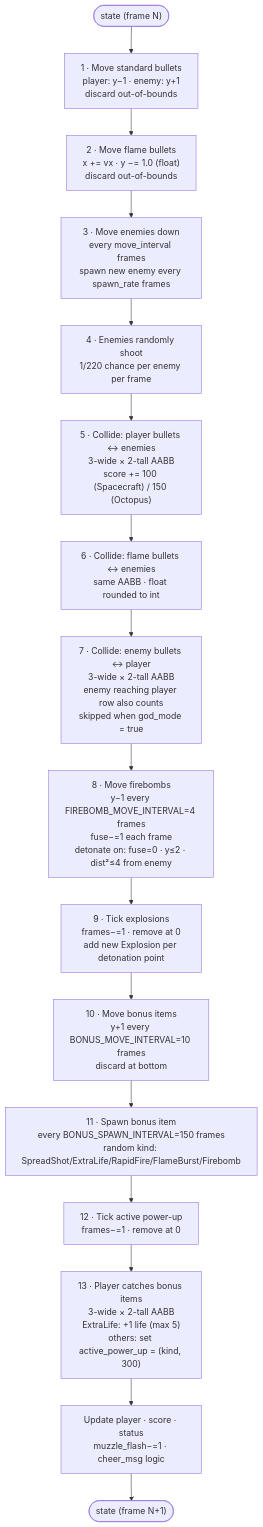
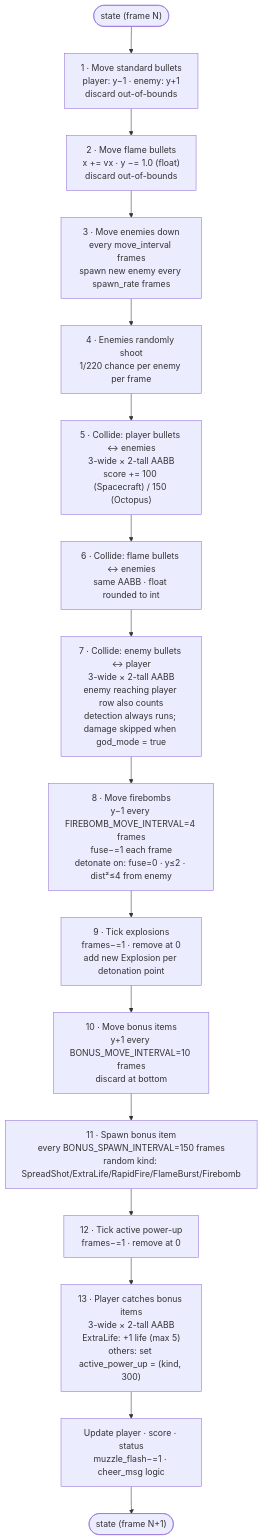
Before and after one commit to clove335/ShootingGame: the sixth of 10 diagrams in docs/architecture.md, drawn with Mermaid. The commit also changed other lines of this file, not shown here.

First line of the commit message:
Fix 5 inaccuracies in docs/architecture.md

````diff
--- a/docs/architecture.md
+++ b/docs/architecture.md
@@ -210,19 +214,19 @@
 ```mermaid
 flowchart TD
     s0(["state (frame N)"])
     s0 --> s1["1 · Move standard bullets\nplayer: y−1 · enemy: y+1\ndiscard out-of-bounds"]
     s1 --> s2["2 · Move flame bullets\nx += vx · y −= 1.0 (float)\ndiscard out-of-bounds"]
     s2 --> s3["3 · Move enemies down\nevery move_interval frames\nspawn new enemy every spawn_rate frames"]
     s3 --> s4["4 · Enemies randomly shoot\n1/220 chance per enemy per frame"]
     s4 --> s5["5 · Collide: player bullets ↔ enemies\n3-wide × 2-tall AABB\nscore += 100 (Spacecraft) / 150 (Octopus)"]
     s5 --> s6["6 · Collide: flame bullets ↔ enemies\nsame AABB · float rounded to int"]
-    s6 --> s7["7 · Collide: enemy bullets ↔ player\n3-wide × 2-tall AABB\nenemy reaching player row also counts\nskipped when god_mode = true"]
+    s6 --> s7["7 · Collide: enemy bullets ↔ player\n3-wide × 2-tall AABB\nenemy reaching player row also counts\ndetection always runs; damage skipped when god_mode = true"]
     s7 --> s8["8 · Move firebombs\ny−1 every FIREBOMB_MOVE_INTERVAL=4 frames\nfuse−=1 each frame\ndetonate on: fuse=0 · y≤2 · dist²≤4 from enemy"]
     s8 --> s9["9 · Tick explosions\nframes−=1 · remove at 0\nadd new Explosion per detonation point"]
     s9 --> s10["10 · Move bonus items\ny+1 every BONUS_MOVE_INTERVAL=10 frames\ndiscard at bottom"]
     s10 --> s11["11 · Spawn bonus item\nevery BONUS_SPAWN_INTERVAL=150 frames\nrandom kind: SpreadShot/ExtraLife/RapidFire/FlameBurst/Firebomb"]
     s11 --> s12["12 · Tick active power-up\nframes−=1 · remove at 0"]
     s12 --> s13["13 · Player catches bonus items\n3-wide × 2-tall AABB\nExtraLife: +1 life (max 5)\nothers: set active_power_up = (kind, 300)"]
     s13 --> s14["Update player · score · status\nmuzzle_flash−=1 · cheer_msg logic"]
     s14 --> sN(["state (frame N+1)"])
 ```
````
